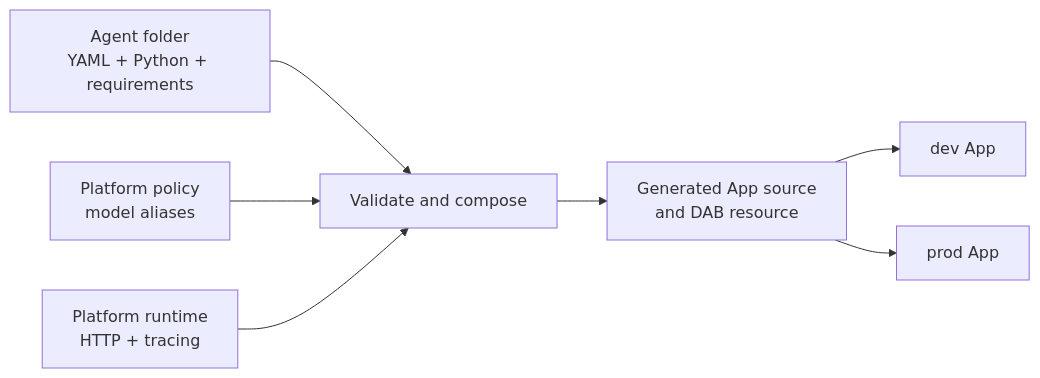
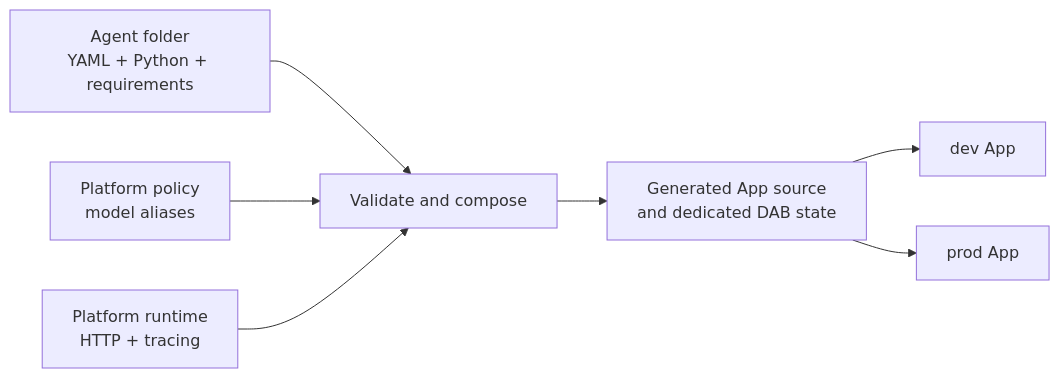
Before and after one commit to zacdav-db/databricks-agent-cicd-sandpit: the diagram in docs/architecture/folder-defined-agents.md, drawn with Mermaid. The commit also changed other lines of this file and 26 other files, not shown here.

````diff
--- a/docs/architecture/folder-defined-agents.md
+++ b/docs/architecture/folder-defined-agents.md
@@ -8,17 +8,17 @@
 ```mermaid
 flowchart LR
     Folder["Agent folder<br/>YAML + Python + requirements"]
     Policy["Platform policy<br/>model aliases"]
     Runtime["Platform runtime<br/>HTTP + tracing"]
     Composer["Validate and compose"]
-    Generated["Generated App source<br/>and DAB resource"]
+    Generated["Generated App source<br/>and dedicated DAB state"]
     Dev["dev App"]
     Prod["prod App"]
 
     Folder --> Composer
     Policy --> Composer
     Runtime --> Composer
     Composer --> Generated
     Generated --> Dev
     Generated --> Prod
 ```
````
